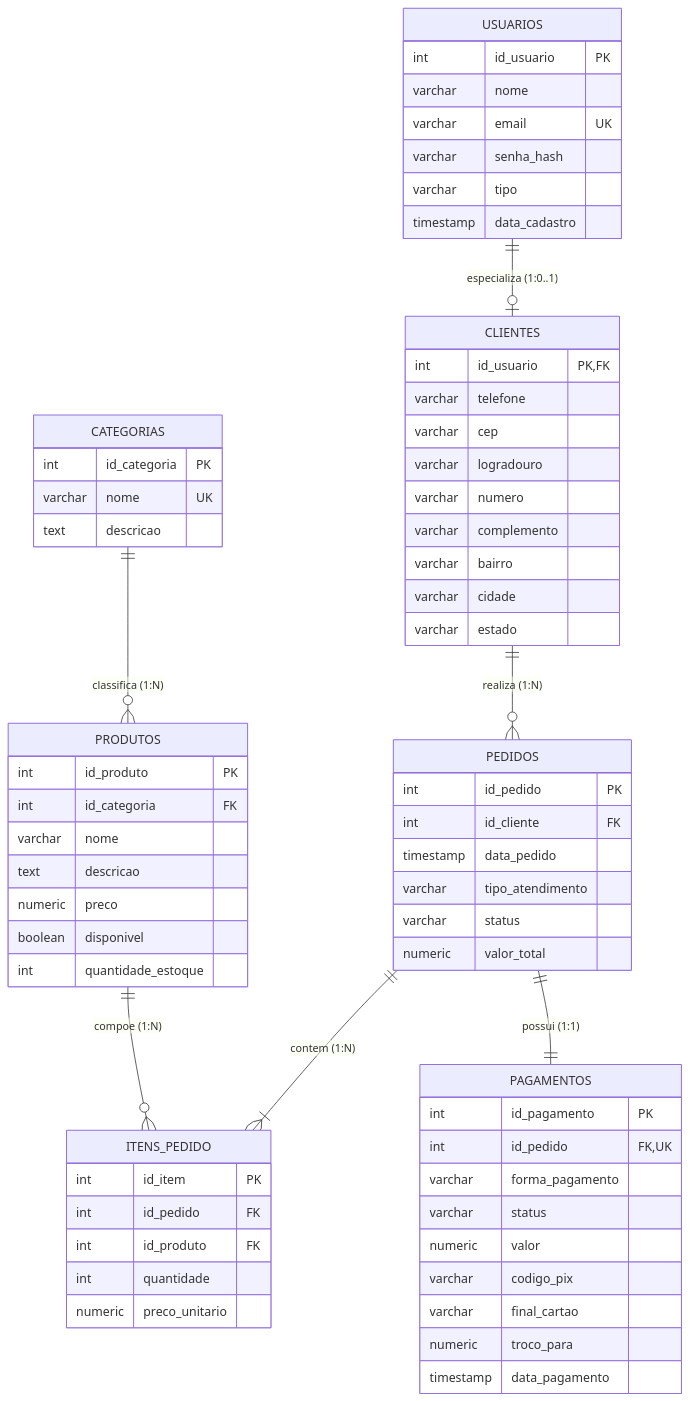
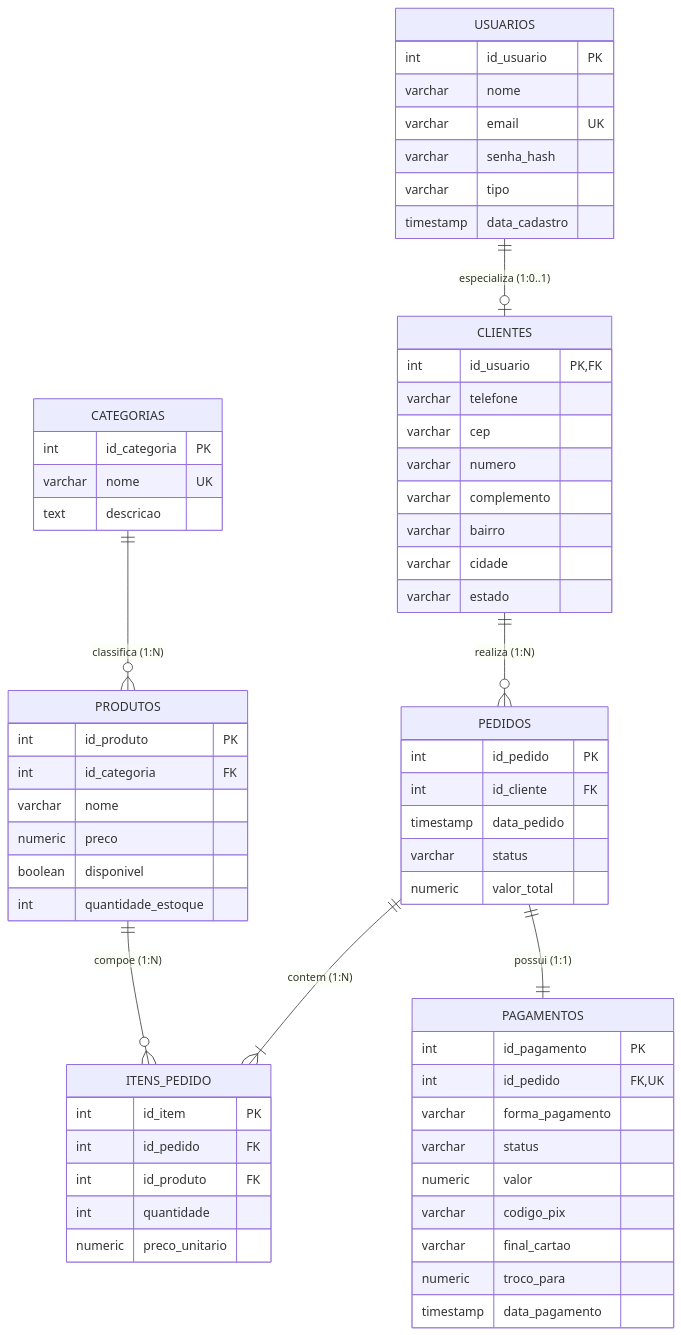
One commit to PedrosoMyskiw/ProjetoFinalDW1-Cafeteria changed the diagram in documentacao/MER.md. Above: the diagram before and after it, drawn with Mermaid.

````diff
--- a/documentacao/MER.md
+++ b/documentacao/MER.md
@@ -3,76 +3,73 @@
 ```mermaid
 erDiagram
     USUARIOS {
         int id_usuario PK
         varchar nome
         varchar email UK
         varchar senha_hash
         varchar tipo
         timestamp data_cadastro
     }
 
     CLIENTES {
         int id_usuario PK, FK
         varchar telefone
         varchar cep
-        varchar logradouro
         varchar numero
         varchar complemento
         varchar bairro
         varchar cidade
         varchar estado
     }
 
     CATEGORIAS {
         int id_categoria PK
         varchar nome UK
         text descricao
     }
 
     PRODUTOS {
         int id_produto PK
         int id_categoria FK
         varchar nome
-        text descricao
         numeric preco
         boolean disponivel
         int quantidade_estoque
     }
 
     PEDIDOS {
         int id_pedido PK
         int id_cliente FK
         timestamp data_pedido
-        varchar tipo_atendimento
         varchar status
         numeric valor_total
     }
 
     ITENS_PEDIDO {
         int id_item PK
         int id_pedido FK
         int id_produto FK
         int quantidade
         numeric preco_unitario
     }
 
     PAGAMENTOS {
         int id_pagamento PK
         int id_pedido FK, UK
         varchar forma_pagamento
         varchar status
         numeric valor
         varchar codigo_pix
         varchar final_cartao
         numeric troco_para
         timestamp data_pagamento
     }
 
 
     USUARIOS ||--o| CLIENTES : "especializa (1:0..1)"
     CLIENTES ||--o{ PEDIDOS : "realiza (1:N)"
     CATEGORIAS ||--o{ PRODUTOS : "classifica (1:N)"
     PEDIDOS ||--|{ ITENS_PEDIDO : "contem (1:N)"
     PRODUTOS ||--o{ ITENS_PEDIDO : "compoe (1:N)"
     PEDIDOS ||--|| PAGAMENTOS : "possui (1:1)"
 ```
````
